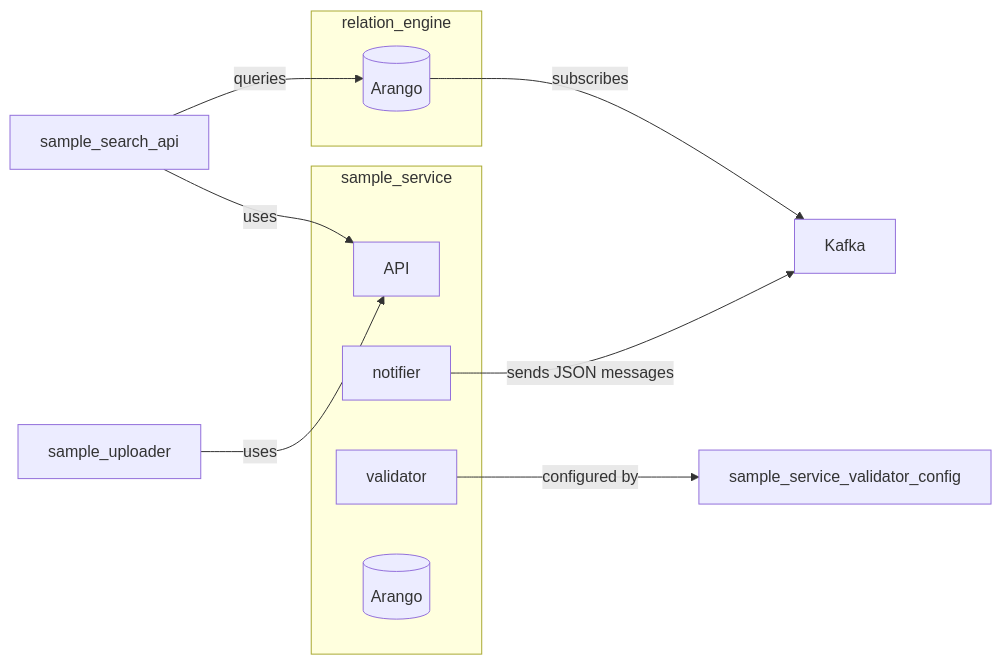
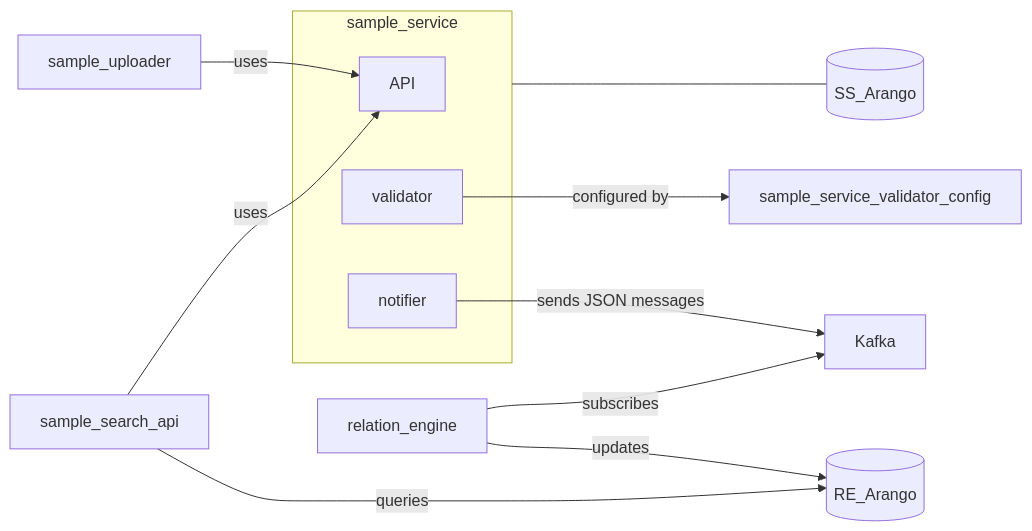
The diagram in docs/highlevel_diagram.md (sashianl/sample_service), drawn with Mermaid before and after one commit.

````diff
--- a/docs/highlevel_diagram.md
+++ b/docs/highlevel_diagram.md
@@ -1,29 +1,28 @@
 ```mermaid
 flowchart LR
 
     subgraph sample_service
       API
+      validator
       notifier
-      validator
-      ss_arango_db[(Arango)]
     end
     
-    subgraph relation_engine
-      re_arango_db[(Arango)]
-    end
-    
+
+    sample_service --- ss_arango_db[(SS_Arango)]
+
     sample_uploader -- uses --> API
     sample_search_api -- uses --> API
-    sample_search_api -- queries --> re_arango_db
+    sample_search_api -- queries --> re_arango_db[(RE_Arango)]
     notifier  -- sends JSON messages --> Kafka
     validator  -- configured by --> sample_service_validator_config
-    re_arango_db -- subscribes -->  Kafka
+    relation_engine -- subscribes -->  Kafka
+    relation_engine -- updates --> re_arango_db[(RE_Arango)]
     
     click sample_uploader href "https://github.com/kbaseapps/sample_uploader" "sample_uploader"
     click sample_search_api href "https://github.com/kbase/sample_search_api" "sample_search_api"
     click sample_service_validator_config href "https://github.com/kbase/sample_service_validator_config" "sample_service_validator_config"
     click notifier href "https://github.com/kbase/sample_service/blob/master/lib/SampleService/core/notification.py" "notifier"
     click validator href "https://github.com/kbase/sample_service/tree/master/lib/SampleService/core/validator" "validator"
     click API href "https://github.com/kbase/sample_service/blob/master/SampleService.spec" "API"
     
 ```
````
